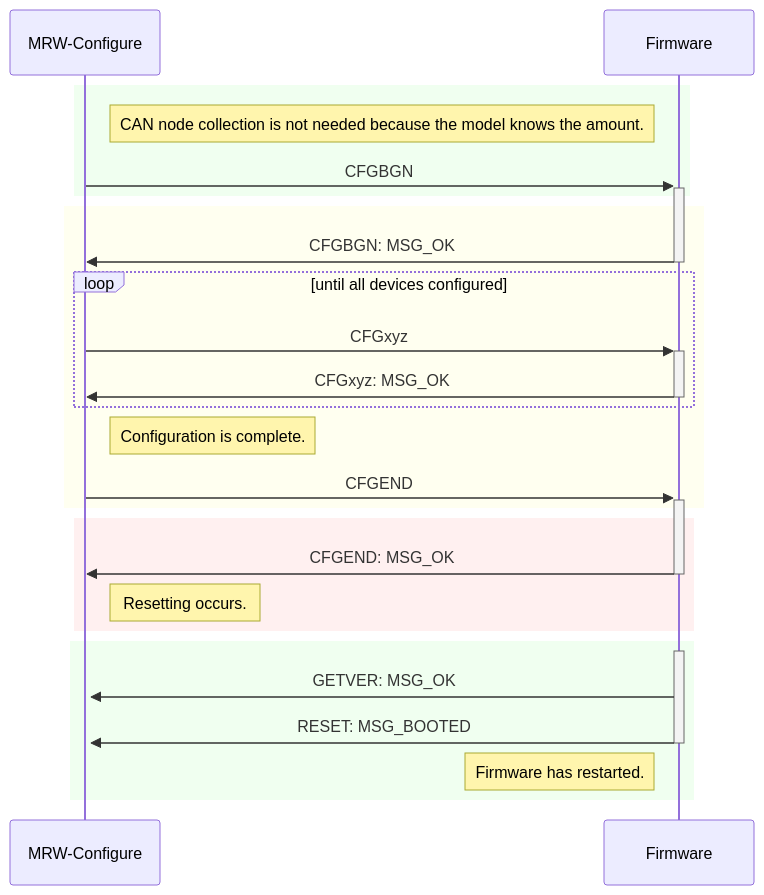
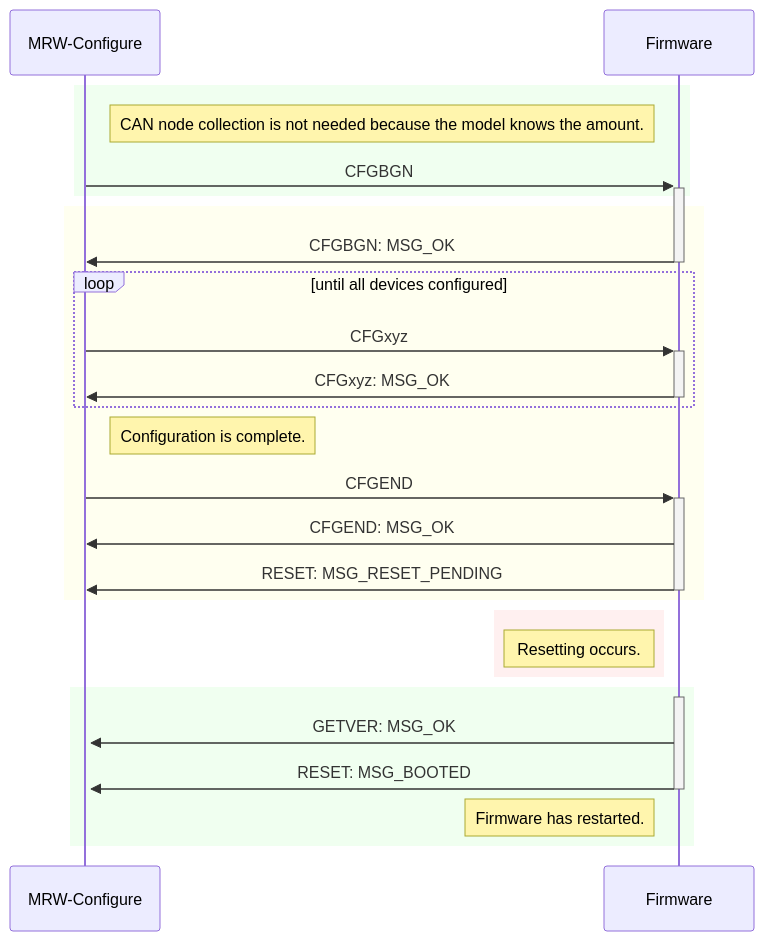
The diagram in tools/config/README.md (stmork/mrw-track-control-ng), drawn with Mermaid before and after one commit.

Commit message:
Added more documentation.

````diff
--- a/tools/config/README.md
+++ b/tools/config/README.md
@@ -14,40 +14,40 @@
 ```mermaid
 sequenceDiagram
 	Participant T as MRW-Configure
 	Participant F as Firmware
 
 	rect rgb(240,255,240)
 		Note right of T: CAN node collection is not needed because the model knows the amount.
 
 		T ->> +F: CFGBGN
 	end
 
 	rect rgb(255,255,240)
 		F ->> -T: CFGBGN: MSG_OK
 
 		loop until all devices configured
 			T ->> +F: CFGxyz
 			F ->> -T: CFGxyz: MSG_OK
 		end
 
 		Note right of T: Configuration is complete.
 		T ->> +F: CFGEND
-
+		F ->>  T: CFGEND: MSG_OK
+		F ->> -T: RESET: MSG_RESET_PENDING
 	end
 
 	rect rgb(255,240,240)
-		F ->> -T: CFGEND: MSG_OK
 
-		Note right of T: Resetting occurs.
+		Note left of F: Resetting occurs.
 
 	end
 
 	rect rgb(240,255,240)
 		activate F
 
 		F ->> +T: GETVER: MSG_OK
 		F ->> -T: RESET: MSG_BOOTED
 
 		Note left of F: Firmware has restarted.
 end
 ```
````
